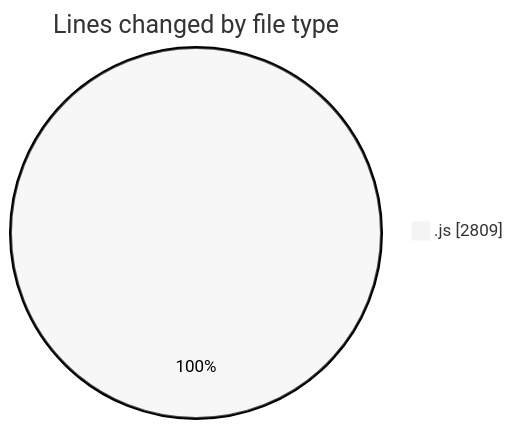
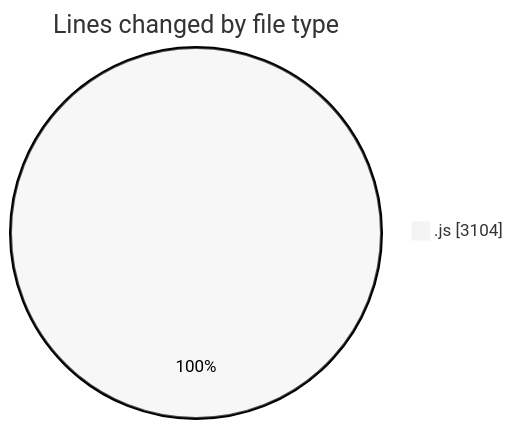
One commit to nxtqubesakshisongat/code-tracking changed the first of 2 diagrams in 2025-10-15/nxtqube_webapp/README.md. Above: the diagram before and after it, drawn with Mermaid (neutral theme). The commit also changed other lines of this file and 1 other file, not shown here.

````diff
--- a/2025-10-15/nxtqube_webapp/README.md
+++ b/2025-10-15/nxtqube_webapp/README.md
@@ -21,5 +21,5 @@
 ```mermaid
 pie showData
 title Lines changed by file type
-".js" : 2809
+".js" : 3104
 ```
````
